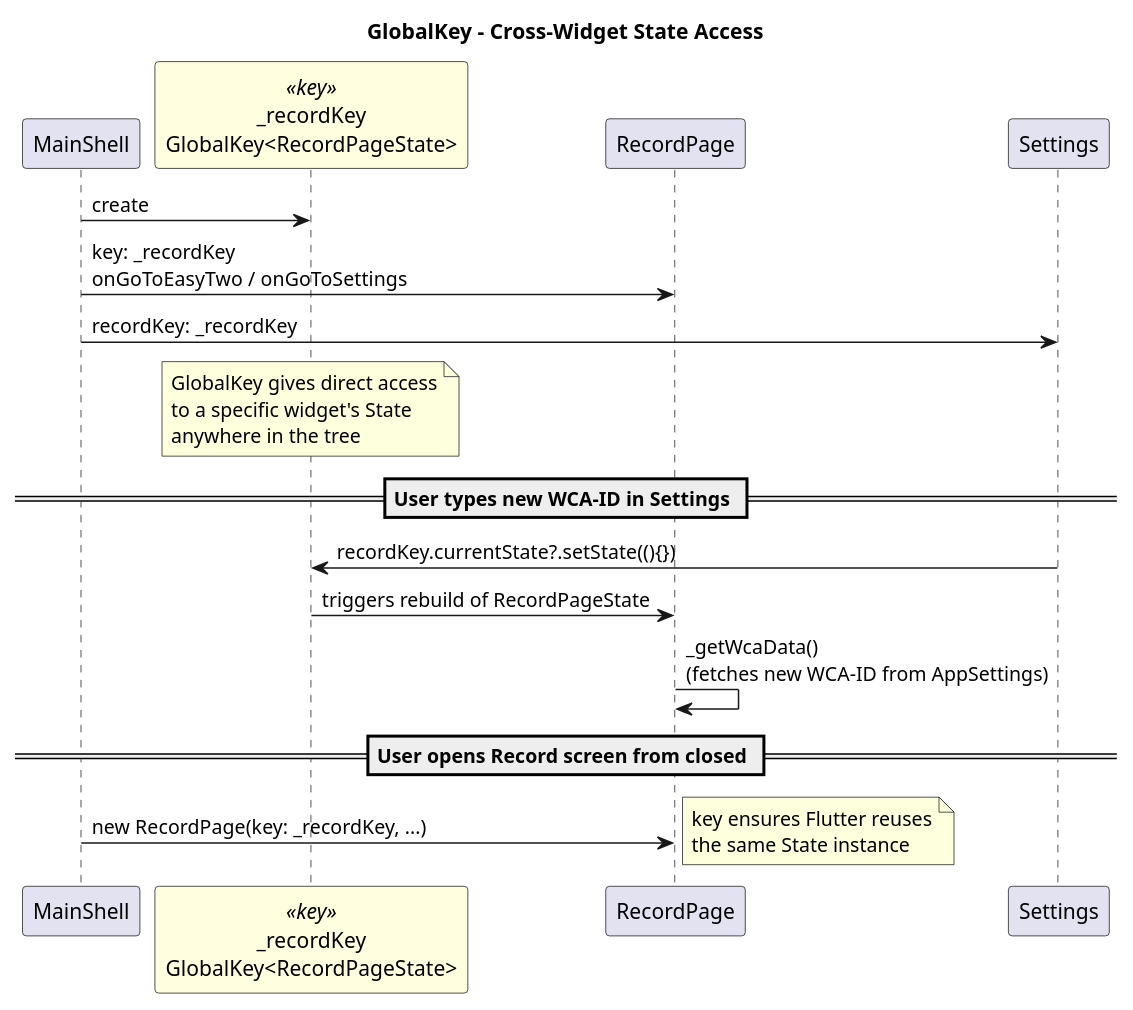
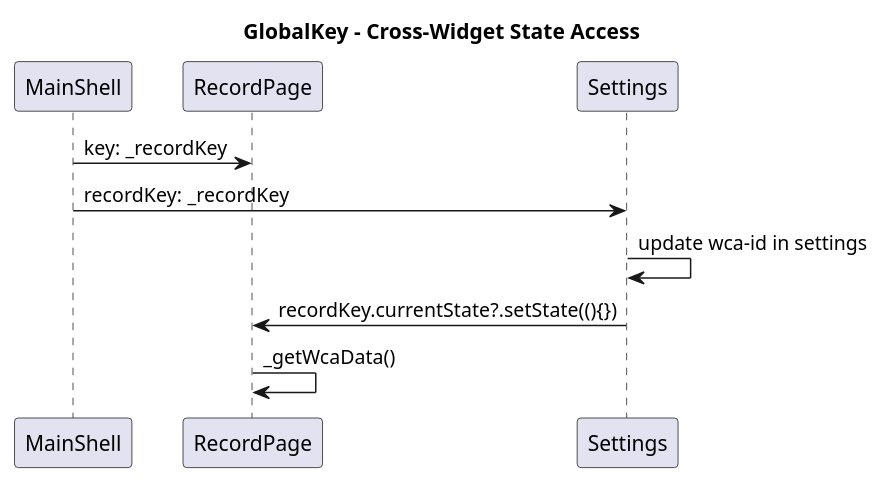
Before and after one commit to david-rometsch/easy-222-app: the diagram in docs/puml/global-key.puml, drawn with PlantUML. The commit also changed 5 other files, not shown here.

Commit message:
docs: add diagrams to docs

```diff
--- a/docs/puml/global-key.puml
+++ b/docs/puml/global-key.puml
@@ -1,35 +1,18 @@
 @startuml global-key
 
 title GlobalKey – Cross-Widget State Access
 
-skinparam participant {
-  BackgroundColor<<key>> LightYellow
-}
-
 participant "MainShell" as MS
-participant "_recordKey\nGlobalKey<RecordPageState>" as GK <<key>>
 participant "RecordPage" as RP
 participant "Settings" as ST
 
-MS -> GK : create
-MS -> RP : key: _recordKey\nonGoToEasyTwo / onGoToSettings
+MS -> RP : key: _recordKey
 MS -> ST : recordKey: _recordKey
 
-note over GK
-  GlobalKey gives direct access
-  to a specific widget's State
-  anywhere in the tree
-end note
+/'== WCA-ID updated in Settings =='/
+ST -> ST : update wca-id in settings
 
-== User types new WCA-ID in Settings ==
-
-ST -> GK : recordKey.currentState?.setState((){})
-GK -> RP : triggers rebuild of RecordPageState
-RP -> RP : _getWcaData()\n(fetches new WCA-ID from AppSettings)
-
-== User opens Record screen from closed ==
-
-MS -> RP : new RecordPage(key: _recordKey, ...)
-note right : key ensures Flutter reuses\nthe same State instance
+ST -> RP : recordKey.currentState?.setState((){})
+RP -> RP : _getWcaData()
 
 @enduml
```
